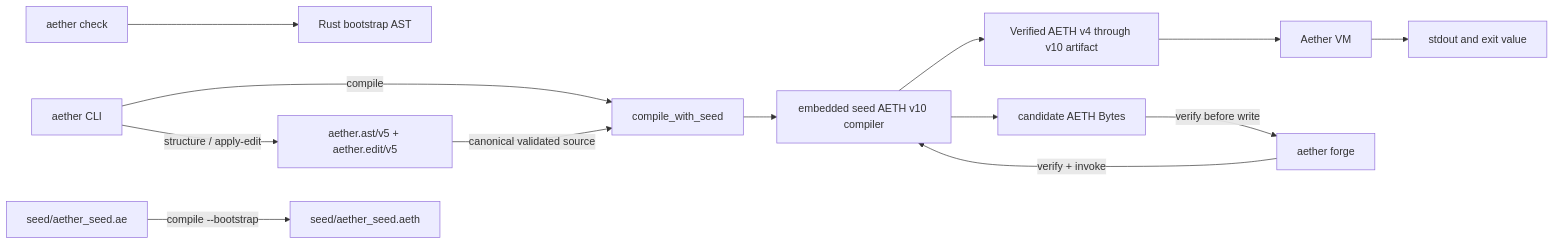
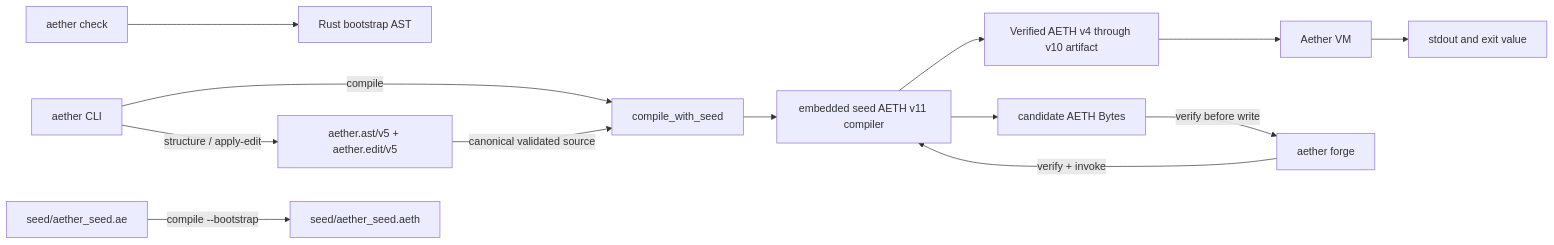
Before and after one commit to MrWizard94-Compile/XLang: the diagram in docs/ARCHITECTURE.md, drawn with Mermaid. The commit also changed other lines of this file and 27 other files, not shown here.

```diff
--- a/docs/ARCHITECTURE.md
+++ b/docs/ARCHITECTURE.md
@@ -3,15 +3,15 @@
 ~~~mermaid
 flowchart LR
     CLI["aether CLI"] -->|"compile"| SeedPath["compile_with_seed"]
     CLI -->|"structure / apply-edit"| Authoring["aether.ast/v5 + aether.edit/v5"]
     Authoring -->|"canonical validated source"| SeedPath
-    SeedPath --> SeedArt["embedded seed AETH v10 compiler"]
+    SeedPath --> SeedArt["embedded seed AETH v11 compiler"]
     SeedArt --> Artifact["Verified AETH v4 through v10 artifact"]
     Artifact --> VM["Aether VM"]
     VM --> Result["stdout and exit value"]
     Check["aether check"] --> Bootstrap["Rust bootstrap AST"]
     SeedSrc["seed/aether_seed.ae"] -->|"compile --bootstrap"| SeedArtFile["seed/aether_seed.aeth"]
     Forge["aether forge"] -->|"verify + invoke"| SeedArt
     SeedArt --> Candidate["candidate AETH Bytes"]
     Candidate -->|"verify before write"| Forge
 ~~~
```
